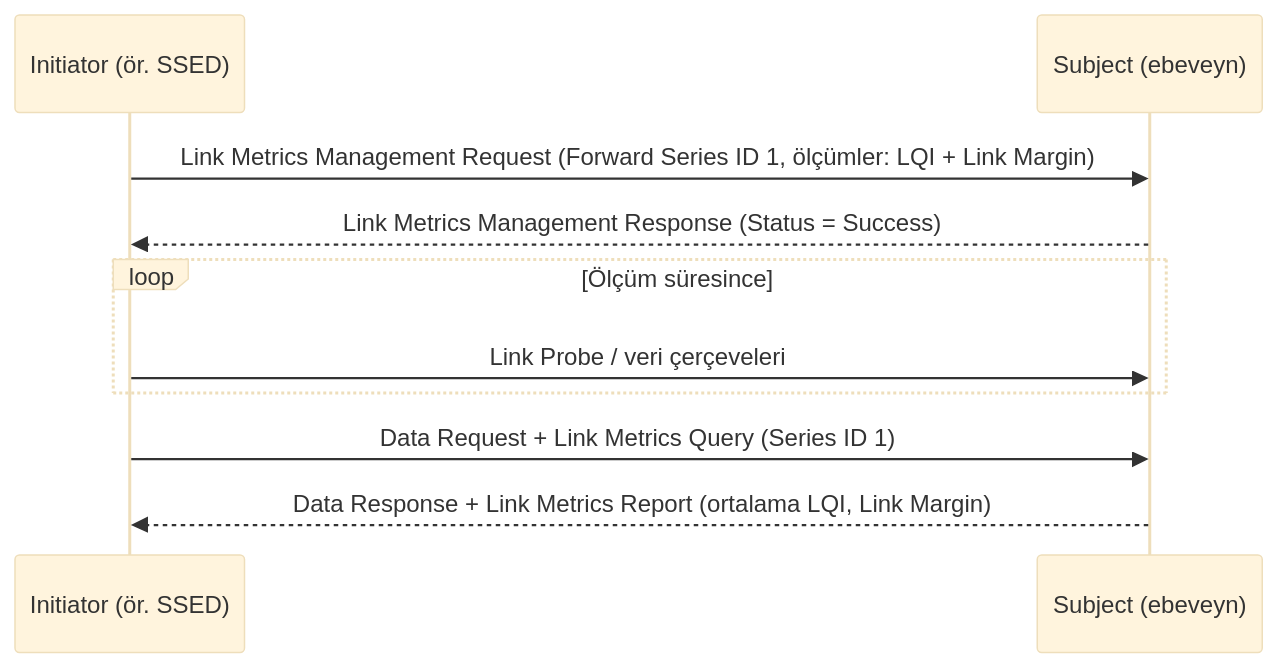
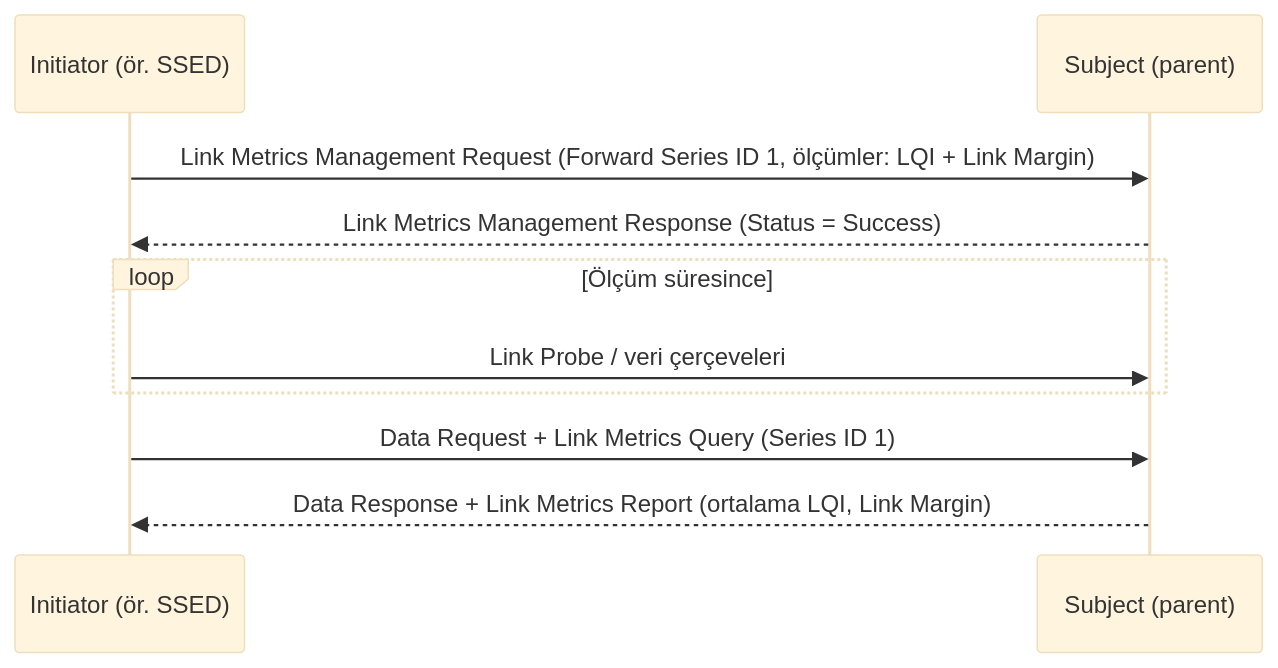
Before and after one commit to Berkancelik/thread-architecture: the first of 3 diagrams in bolumler/20-gelismis.md, drawn with Mermaid (base theme). The commit also changed other lines of this file and 31 other files, not shown here.

````diff
--- a/bolumler/20-gelismis.md
+++ b/bolumler/20-gelismis.md
@@ -54,12 +54,12 @@
 ```mermaid
 sequenceDiagram
     participant I as Initiator (ör. SSED)
-    participant S as Subject (ebeveyn)
+    participant S as Subject (parent)
     I->>S: Link Metrics Management Request (Forward Series ID 1, ölçümler: LQI + Link Margin)
     S-->>I: Link Metrics Management Response (Status = Success)
     loop Ölçüm süresince
         I->>S: Link Probe / veri çerçeveleri
     end
     I->>S: Data Request + Link Metrics Query (Series ID 1)
     S-->>I: Data Response + Link Metrics Report (ortalama LQI, Link Margin)
 ```
````
